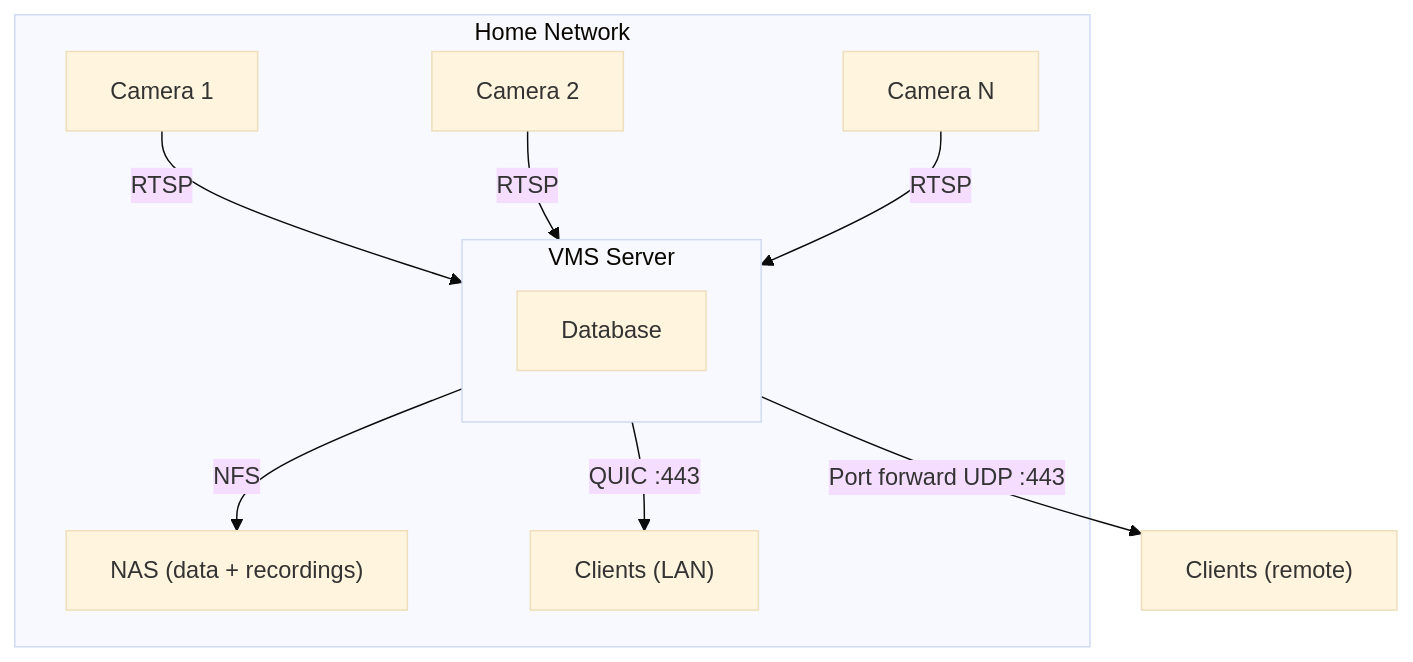
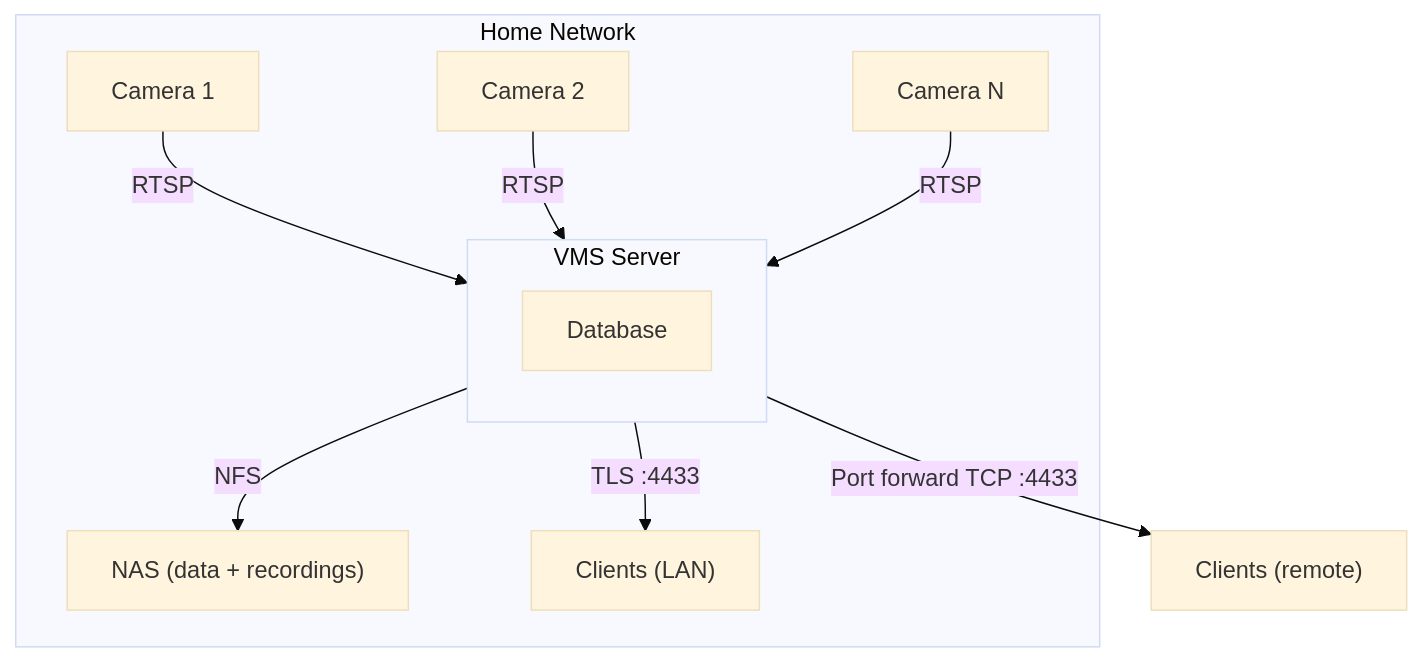
One commit to SytheZN/simple-vms changed the first of 3 diagrams in docs/architecture.md. Above: the diagram before and after it, drawn with Mermaid (base theme). The commit also changed other lines of this file and 11 other files, not shown here.

First line of the commit message:
docs: replace QUIC with TCP+TLS tunnel protocol

````diff
--- a/docs/architecture.md
+++ b/docs/architecture.md
@@ -29,17 +29,17 @@
 ```mermaid
 graph TB
     subgraph home["Home Network"]
         cam1["Camera 1"] -- RTSP --> server
         cam2["Camera 2"] -- RTSP --> server
         camN["Camera N"] -- RTSP --> server
 
         subgraph server["VMS Server"]
             db["Database"]
         end
 
         server -- NFS --> nas["NAS (data + recordings)"]
-        server -- "QUIC :443" --> lanClients["Clients (LAN)"]
+        server -- "TLS :4433" --> lanClients["Clients (LAN)"]
     end
 
-    server -- "Port forward UDP :443" --> remoteClients["Clients (remote)"]
+    server -- "Port forward TCP :4433" --> remoteClients["Clients (remote)"]
 ```
````
